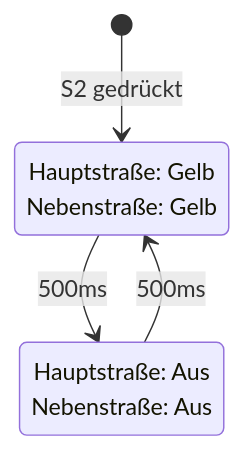
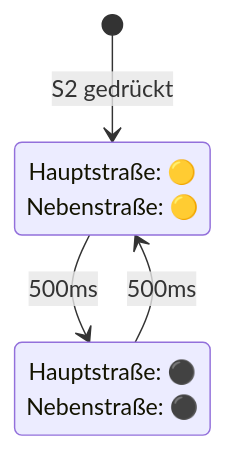
One commit to wago-enterprise-education/exponat-ampelsteuerung changed the first of 2 diagrams in src/python/vsc-ext-v0.2/exercise2_maintenance_mode/README.md. Above: the diagram before and after it, drawn with Mermaid. The commit also changed other lines of this file and 2 other files, not shown here.

Commit message:
Update state diagrams in README files to use emoji for traffic light colors

````diff
--- a/src/python/vsc-ext-v0.2/exercise2_maintenance_mode/README.md
+++ b/src/python/vsc-ext-v0.2/exercise2_maintenance_mode/README.md
@@ -22,11 +22,11 @@
 ```mermaid
 stateDiagram-v2
     [*] --> Wartungsmodus_GelbAn: S2 gedrückt
     
-    Wartungsmodus_GelbAn: Hauptstraße: Gelb<br/>Nebenstraße: Gelb
-    Wartungsmodus_Aus: Hauptstraße: Aus<br/>Nebenstraße: Aus
+    Wartungsmodus_GelbAn: Hauptstraße: 🟡<br/>Nebenstraße: 🟡
+    Wartungsmodus_Aus: Hauptstraße: ⚫<br/>Nebenstraße: ⚫
     
     Wartungsmodus_GelbAn --> Wartungsmodus_Aus: 500ms
     Wartungsmodus_Aus --> Wartungsmodus_GelbAn: 500ms
        
 ```
````
